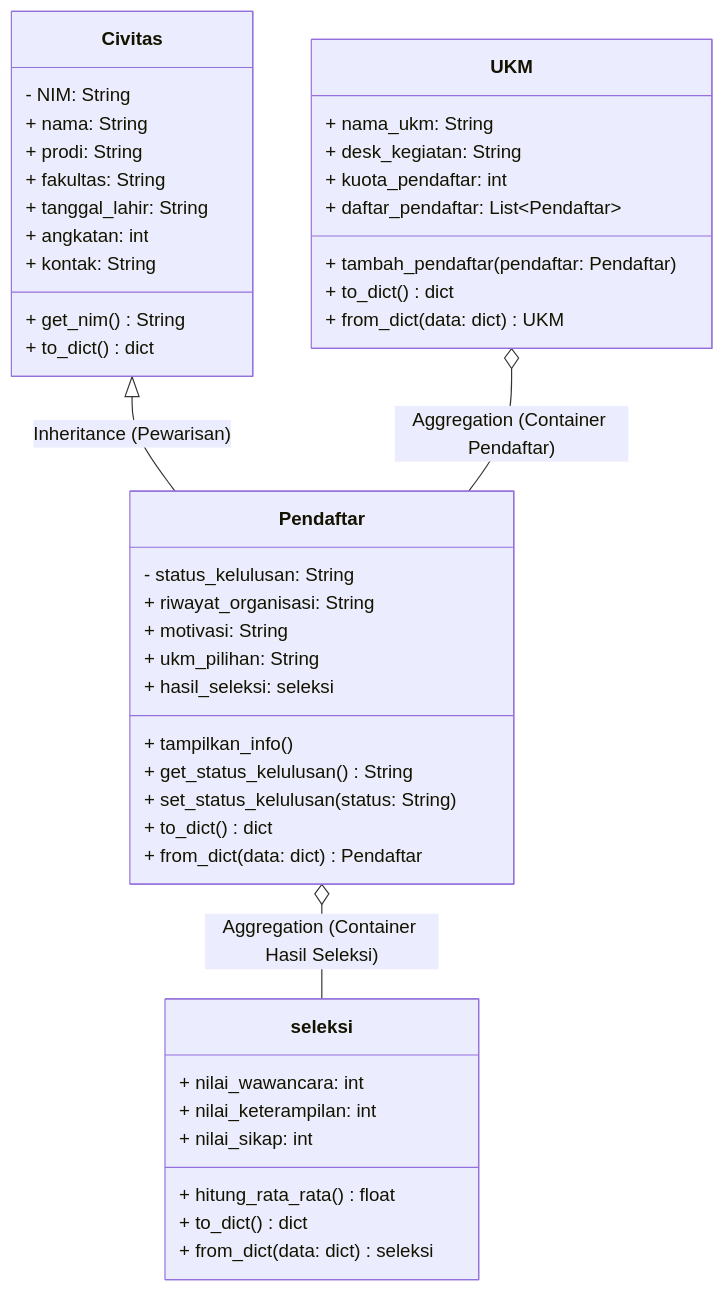
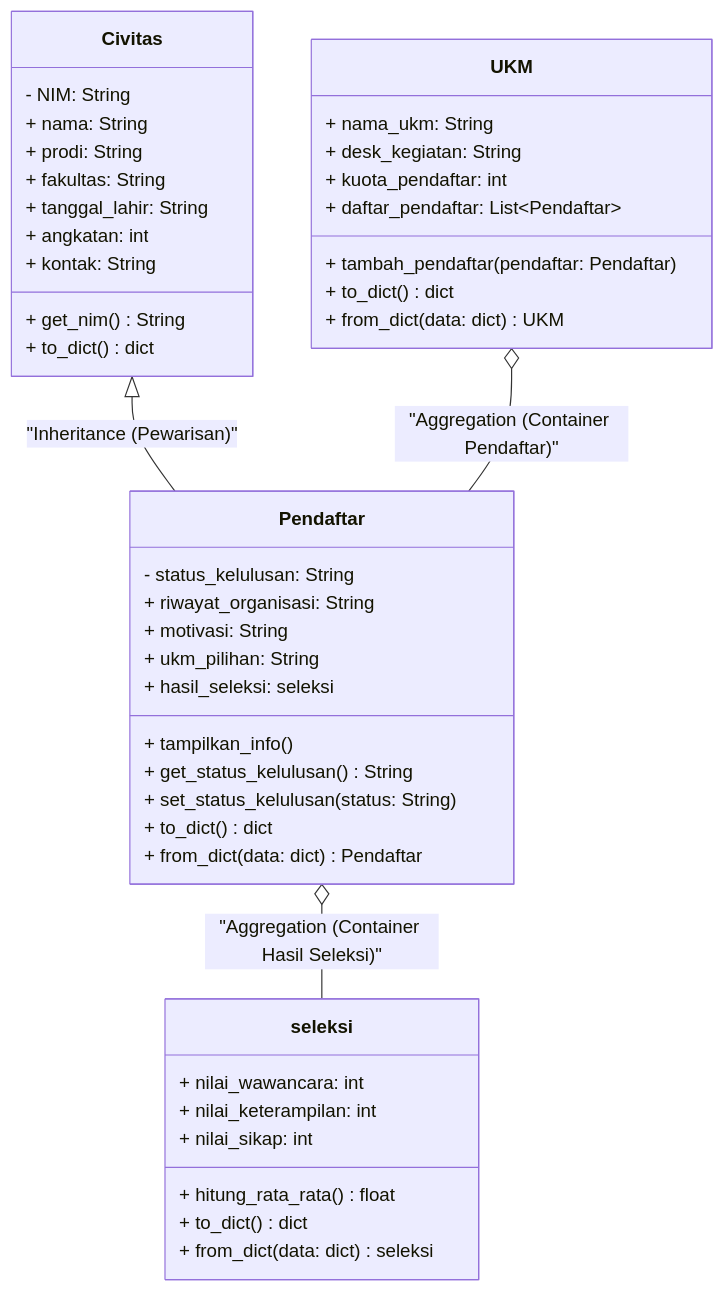
Before and after one commit to FTRHOST/spormawa-pbo: the first of 3 diagrams in Laporan_Proyek_Akhir_PBO.md, drawn with Mermaid. The commit also changed other lines of this file, not shown here.

Commit message:
fix: perbaiki sintaks mermaid diagram agar kompatibel dengan GitHub renderer

````diff
--- a/Laporan_Proyek_Akhir_PBO.md
+++ b/Laporan_Proyek_Akhir_PBO.md
@@ -114,46 +114,47 @@
 ```mermaid
 classDiagram
     class Civitas {
         - NIM: String
         + nama: String
         + prodi: String
         + fakultas: String
         + tanggal_lahir: String
         + angkatan: int
         + kontak: String
         + get_nim() String
         + to_dict() dict
     }
     class Pendaftar {
         - status_kelulusan: String
         + riwayat_organisasi: String
         + motivasi: String
         + ukm_pilihan: String
         + hasil_seleksi: seleksi
         + tampilkan_info()
         + get_status_kelulusan() String
         + set_status_kelulusan(status: String)
         + to_dict() dict
         + from_dict(data: dict) Pendaftar
     }
     class UKM {
         + nama_ukm: String
         + desk_kegiatan: String
         + kuota_pendaftar: int
         + daftar_pendaftar: List~Pendaftar~
         + tambah_pendaftar(pendaftar: Pendaftar)
         + to_dict() dict
         + from_dict(data: dict) UKM
     }
     class seleksi {
         + nilai_wawancara: int
         + nilai_keterampilan: int
         + nilai_sikap: int
         + hitung_rata_rata() float
         + to_dict() dict
         + from_dict(data: dict) seleksi
     }
-    Civitas <|-- Pendaftar : Inheritance (Pewarisan)
-    UKM o-- Pendaftar : Aggregation (Container Pendaftar)
-    Pendaftar o-- seleksi : Aggregation (Container Hasil Seleksi)
+    Civitas <|-- Pendaftar : "Inheritance (Pewarisan)"
+    UKM o-- Pendaftar : "Aggregation (Container Pendaftar)"
+    Pendaftar o-- seleksi : "Aggregation (Container Hasil Seleksi)"
+
 ```
````
